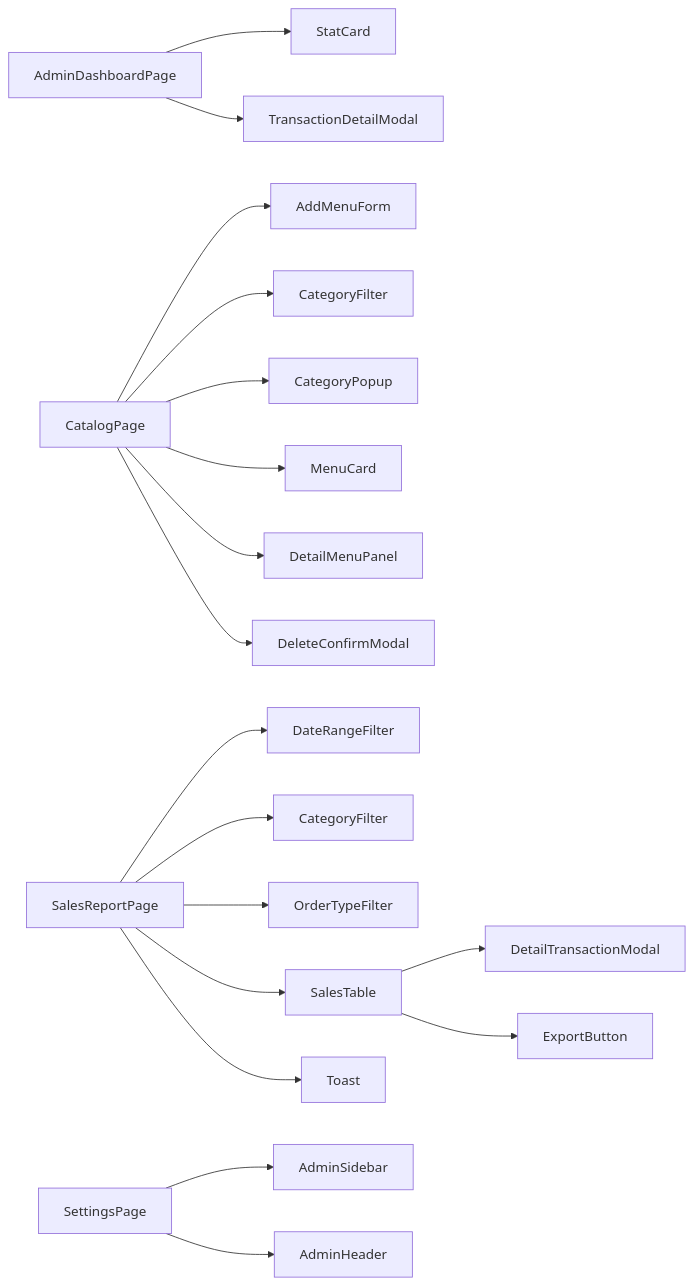
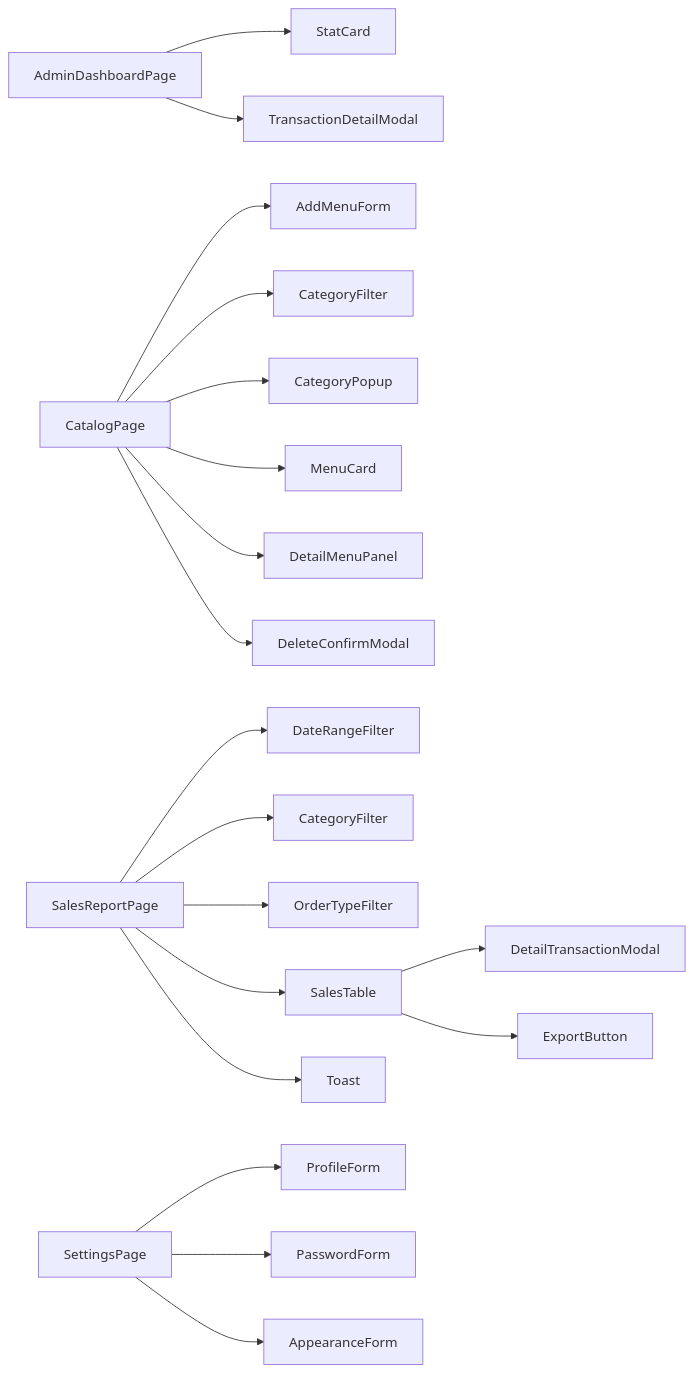
One commit to ricky-blip/pos-frontend changed the eighth of 20 diagrams in FLOWCHART.md. Above: the diagram before and after it, drawn with Mermaid. The commit also changed other lines of this file and 17 other files, not shown here.

````diff
--- a/FLOWCHART.md
+++ b/FLOWCHART.md
@@ -287,23 +305,24 @@
 ```mermaid
 flowchart LR
     A1[AdminDashboardPage] --> B1[StatCard]
     A1 --> C1[TransactionDetailModal]
 
     D1[CatalogPage] --> E1[AddMenuForm]
     D1 --> F1[CategoryFilter]
     D1 --> G1[CategoryPopup]
     D1 --> H1[MenuCard]
     D1 --> I1[DetailMenuPanel]
     D1 --> J1[DeleteConfirmModal]
 
     K1[SalesReportPage] --> L1[DateRangeFilter]
     K1 --> M1[CategoryFilter]
     K1 --> N1[OrderTypeFilter]
     K1 --> O1[SalesTable]
     O1 --> P1[DetailTransactionModal]
     O1 --> Q1[ExportButton]
     K1 --> R1[Toast]
 
-    S1[SettingsPage] --> T1[AdminSidebar]
-    S1 --> U1[AdminHeader]
+    S1[SettingsPage] --> T1[ProfileForm]
+    S1 --> U1[PasswordForm]
+    S1 --> V1[AppearanceForm]
 ```
````
